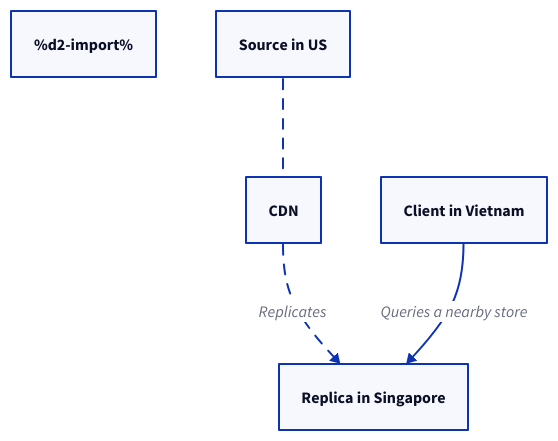
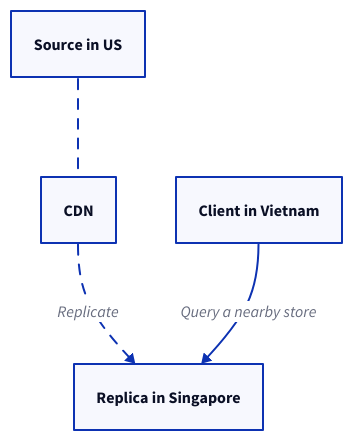
One commit to link1905/system-design-101 changed diagram 18 of 19 in content/docs/data-persistence/media-storage.md. Above: the diagram before and after it, drawn with D2. The commit also changed other lines of this file and 8 other files, not shown here.

````diff
--- a/content/docs/data-persistence/media-storage.md
+++ b/content/docs/data-persistence/media-storage.md
@@ -273,22 +608,21 @@
 ```d2
-%d2-import%
 cdn: CDN {
   class: cdn
 }
 c: Client in Vietnam {
   class: client
 }
 o: Replica in Singapore {
   class: db
 }
 s: Source in US {
   class: db
 }
 s -- cdn {
   style.animated: true
 }
-cdn -> o: Replicates {
+cdn -> o: Replicate {
   style.animated: true
 }  
-c -> o: Queries a nearby store 
+c -> o: Query a nearby store 
 ```
````
